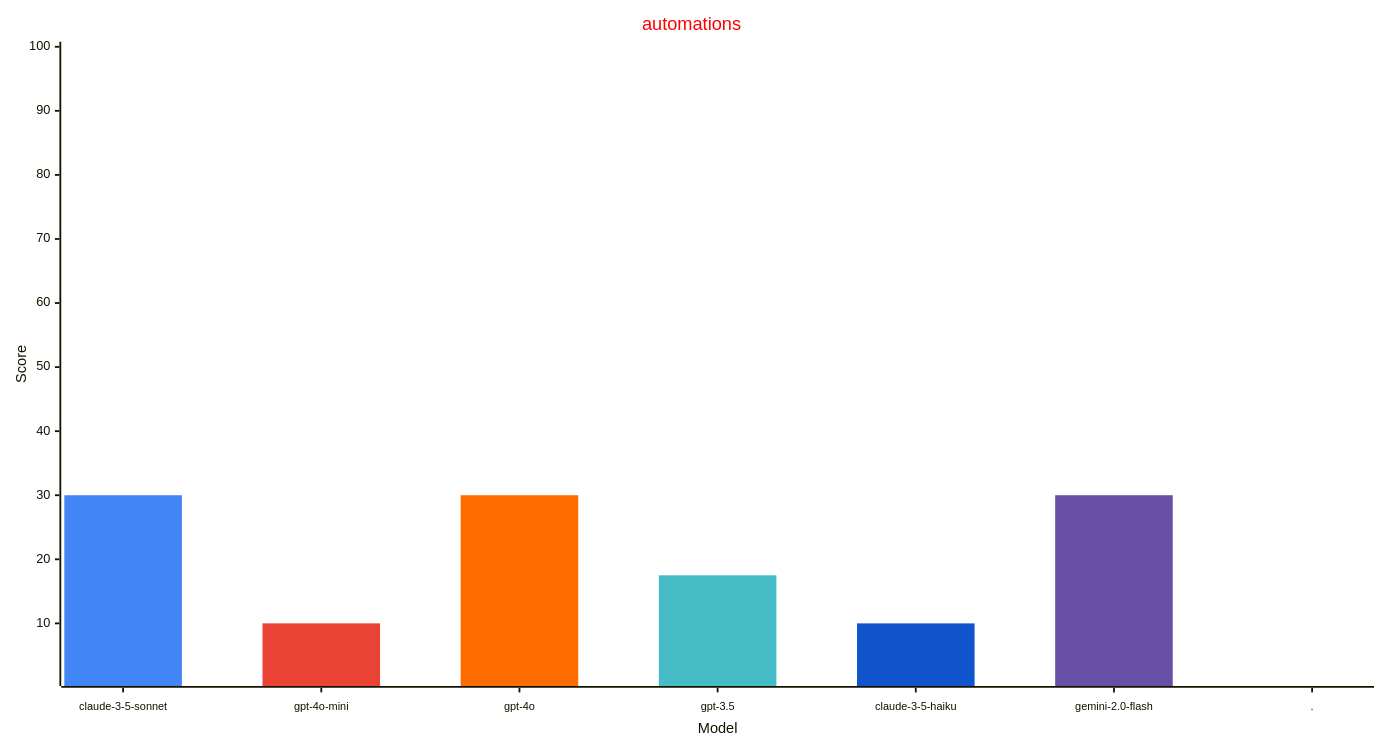
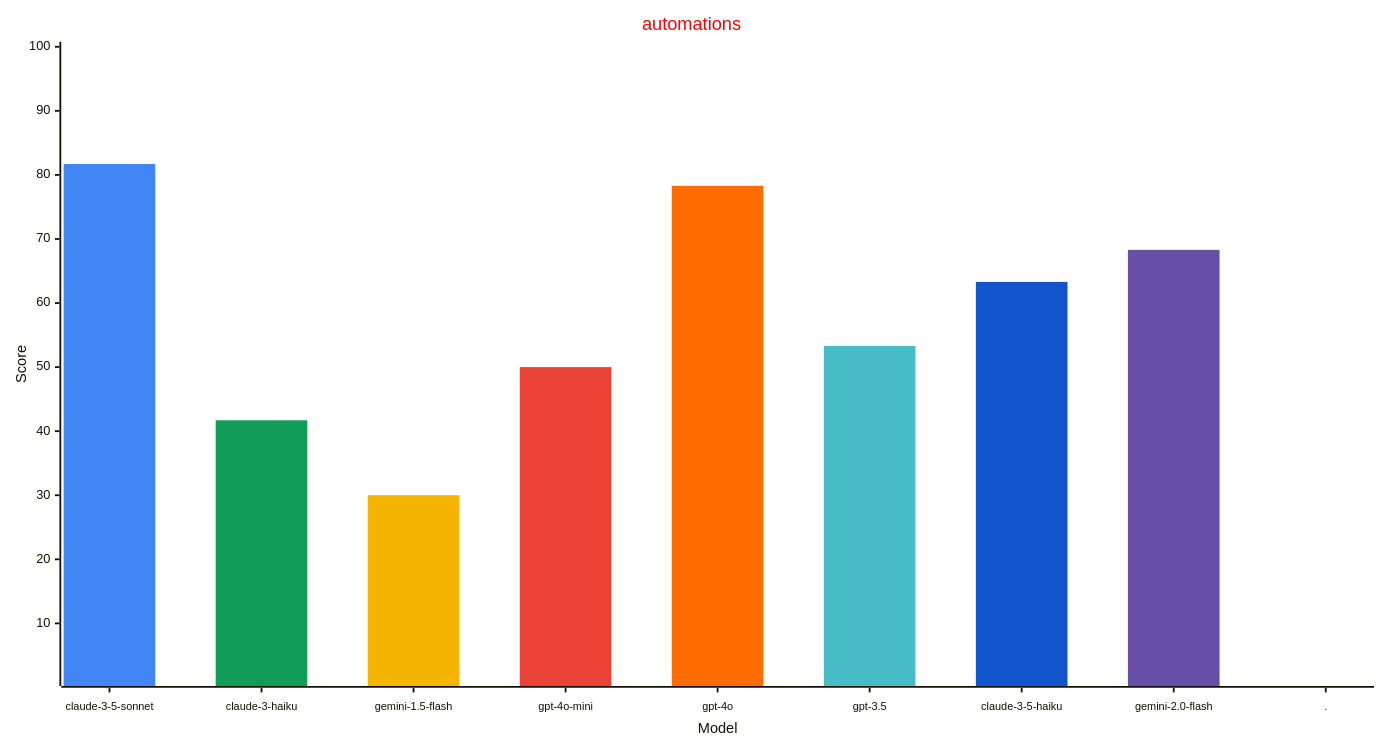
Before and after one commit to allenporter/home-assistant-datasets: the fourth of 4 diagrams in reports/README.md, drawn with Mermaid. The commit also changed other lines of this file and 1 other file, not shown here.

````diff
--- a/reports/README.md
+++ b/reports/README.md
@@ -186,27 +190,29 @@
 ```mermaid
 ---
 config:
     xyChart:
         width: 1500
         height: 800
         xAxis:
           labelFontSize: 12
           labelPadding: 8
     themeVariables:
         xyChart:
             titleColor: "#ff0000"
-            plotColorPalette: "#4285f4, #ea4335, #ff6d01, #46bdc6, #1155cc, #674ea7, #4285f4"
+            plotColorPalette: "#4285f4, #0f9d58, #f4b400, #ea4335, #ff6d01, #46bdc6, #1155cc, #674ea7, #4285f4"
 
 ---
 xychart-beta
   title "automations"
-  x-axis "Model" [claude-3-5-sonnet, gpt-4o-mini, gpt-4o, gpt-3.5, claude-3-5-haiku, gemini-2.0-flash, .]
+  x-axis "Model" [claude-3-5-sonnet, claude-3-haiku, gemini-1.5-flash, gpt-4o-mini, gpt-4o, gpt-3.5, claude-3-5-haiku, gemini-2.0-flash, .]
   y-axis "Score" 1 --> 100
-  bar [30.0, 0.0, 0.0, 0.0, 0.0, 0.0, 0.0]
-  bar [0.0, 10.0, 0.0, 0.0, 0.0, 0.0, 0.0]
-  bar [0.0, 0.0, 30.0, 0.0, 0.0, 0.0, 0.0]
-  bar [0.0, 0.0, 0.0, 17.5, 0.0, 0.0, 0.0]
-  bar [0.0, 0.0, 0.0, 0.0, 10.0, 0.0, 0.0]
-  bar [0.0, 0.0, 0.0, 0.0, 0.0, 30.0, 0.0]
-  bar [0.0, 0.0, 0.0, 0.0, 0.0, 0.0, -1.0]
+  bar [81.7, 0.0, 0.0, 0.0, 0.0, 0.0, 0.0, 0.0, 0.0]
+  bar [0.0, 41.7, 0.0, 0.0, 0.0, 0.0, 0.0, 0.0, 0.0]
+  bar [0.0, 0.0, 30.0, 0.0, 0.0, 0.0, 0.0, 0.0, 0.0]
+  bar [0.0, 0.0, 0.0, 50.0, 0.0, 0.0, 0.0, 0.0, 0.0]
+  bar [0.0, 0.0, 0.0, 0.0, 78.3, 0.0, 0.0, 0.0, 0.0]
+  bar [0.0, 0.0, 0.0, 0.0, 0.0, 53.3, 0.0, 0.0, 0.0]
+  bar [0.0, 0.0, 0.0, 0.0, 0.0, 0.0, 63.3, 0.0, 0.0]
+  bar [0.0, 0.0, 0.0, 0.0, 0.0, 0.0, 0.0, 68.3, 0.0]
+  bar [0.0, 0.0, 0.0, 0.0, 0.0, 0.0, 0.0, 0.0, -1.0]
 ```
````
